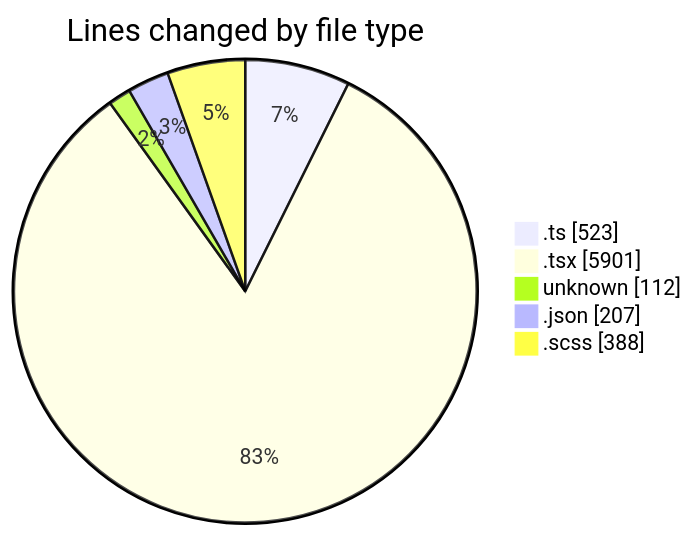
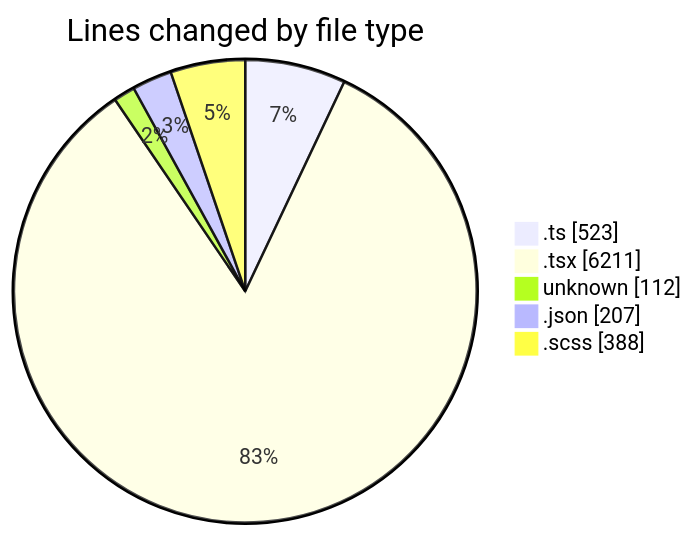
Before and after one commit to momahboobian/code-tracking: the first of 2 diagrams in 2026-04-29/cda/README.md, drawn with Mermaid. The commit also changed other lines of this file and 1 other file, not shown here.

````diff
--- a/2026-04-29/cda/README.md
+++ b/2026-04-29/cda/README.md
@@ -53,9 +53,9 @@
 ```mermaid
 pie showData
 title Lines changed by file type
 ".ts" : 523
-".tsx" : 5901
+".tsx" : 6211
 "unknown" : 112
 ".json" : 207
 ".scss" : 388
 ```
````
